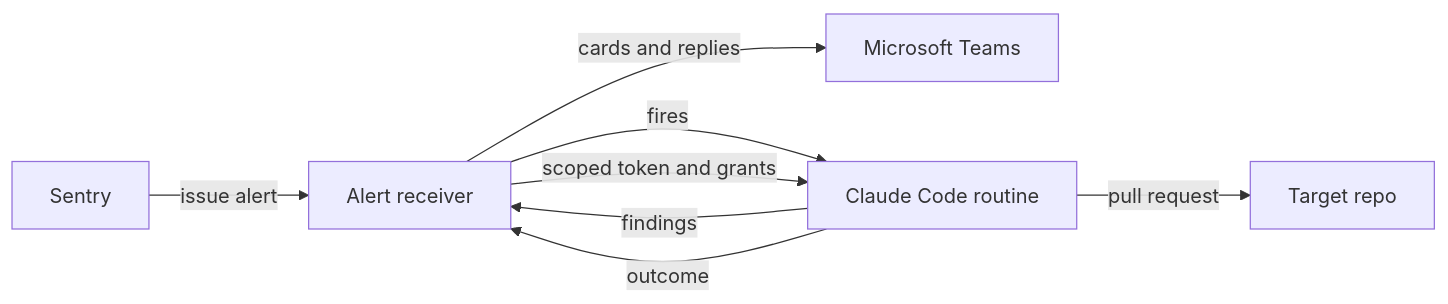
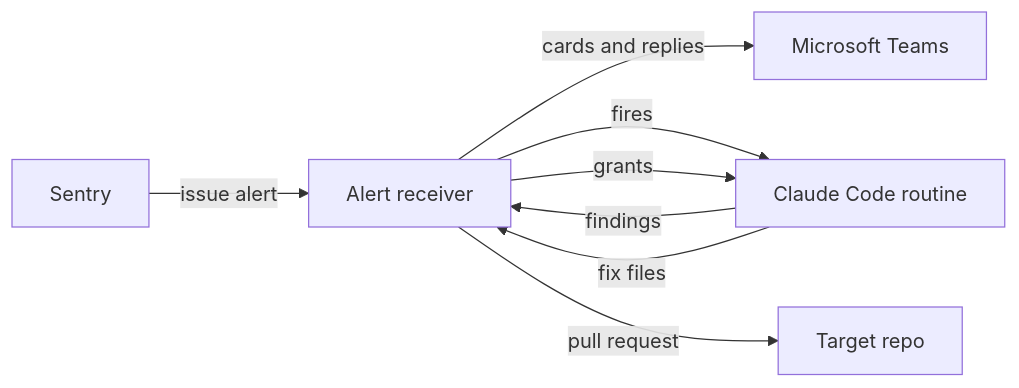
The diagram in README.md (sentasity/sentinel), drawn with Mermaid before and after one commit. The commit also changed other lines of this file and 21 other files, not shown here.

First line of the commit message:
Autofix: the receiver opens the pull request (#11)

````diff
--- a/README.md
+++ b/README.md
@@ -15,10 +15,10 @@
 ```mermaid
 flowchart LR
     Sentry -->|issue alert| Receiver[Alert receiver]
     Receiver -->|cards and replies| Teams[Microsoft Teams]
     Receiver -->|fires| Routine[Claude Code routine]
     Routine -->|findings| Receiver
-    Receiver -->|scoped token and grants| Routine
-    Routine -->|pull request| Repo[Target repo]
-    Routine -->|outcome| Receiver
+    Receiver -->|grants| Routine
+    Routine -->|fix files| Receiver
+    Receiver -->|pull request| Repo[Target repo]
 ```
````
